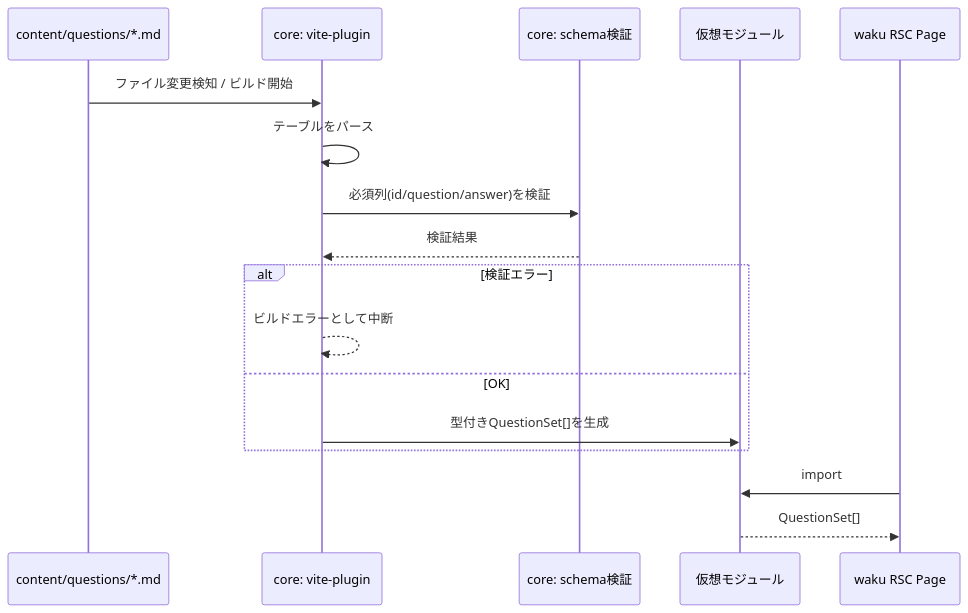
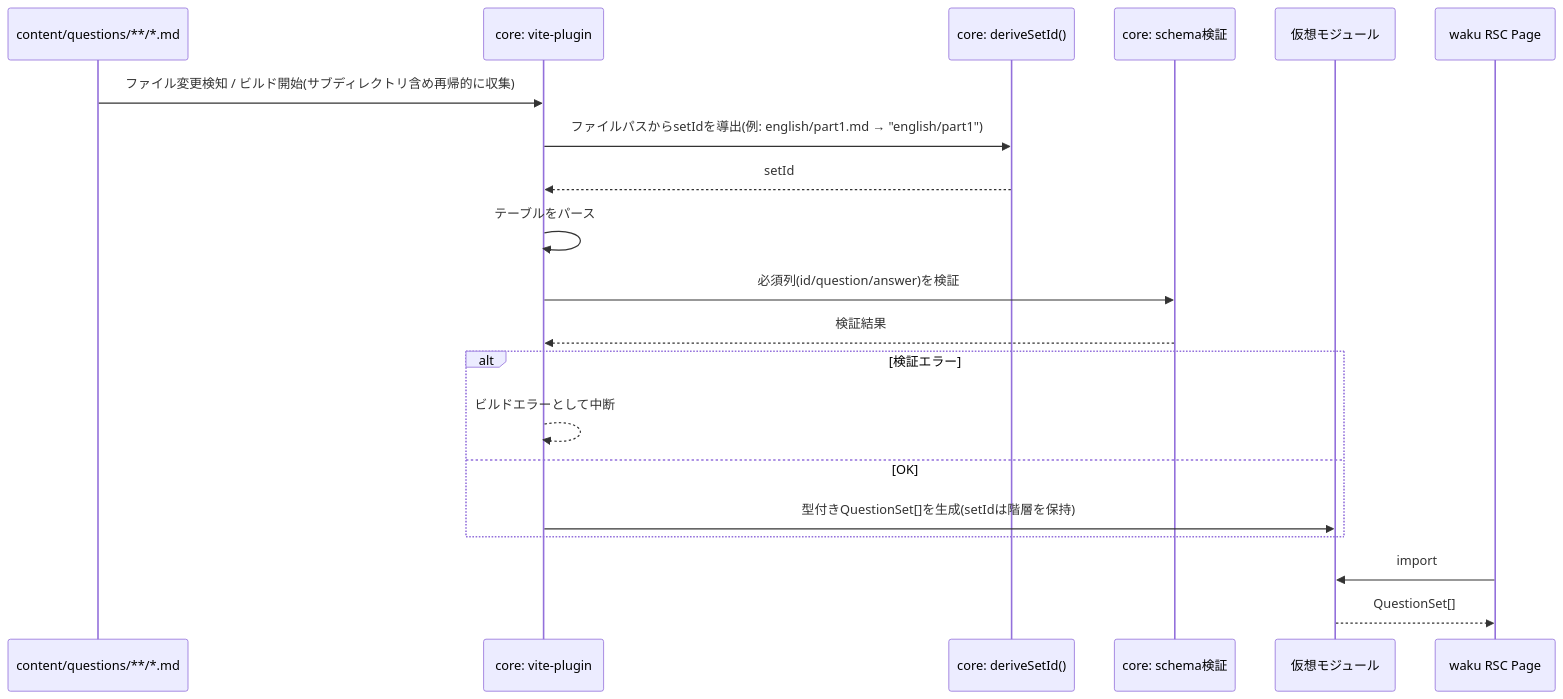
One commit to SotaTne/quiz-app changed the sixth of 7 diagrams in DESIGN.md. Above: the diagram before and after it, drawn with Mermaid. The commit also changed other lines of this file and 10 other files, not shown here.

First line of the commit message:
Support hierarchical question sets (content/questions/english/part1.md)

````diff
--- a/DESIGN.md
+++ b/DESIGN.md
@@ -237,20 +246,23 @@
 ```mermaid
 sequenceDiagram
-    participant MD as content/questions/*.md
+    participant MD as content/questions/**/*.md
     participant Plugin as core: vite-plugin
+    participant SetId as core: deriveSetId()
     participant Schema as core: schema検証
     participant VM as 仮想モジュール
     participant Page as waku RSC Page
 
-    MD->>Plugin: ファイル変更検知 / ビルド開始
+    MD->>Plugin: ファイル変更検知 / ビルド開始(サブディレクトリ含め再帰的に収集)
+    Plugin->>SetId: ファイルパスからsetIdを導出(例: english/part1.md → "english/part1")
+    SetId-->>Plugin: setId
     Plugin->>Plugin: テーブルをパース
     Plugin->>Schema: 必須列(id/question/answer)を検証
     Schema-->>Plugin: 検証結果
     alt 検証エラー
         Plugin-->>Plugin: ビルドエラーとして中断
     else OK
-        Plugin->>VM: 型付きQuestionSet[]を生成
+        Plugin->>VM: 型付きQuestionSet[]を生成(setIdは階層を保持)
     end
     Page->>VM: import
     VM-->>Page: QuestionSet[]
 ```
````
